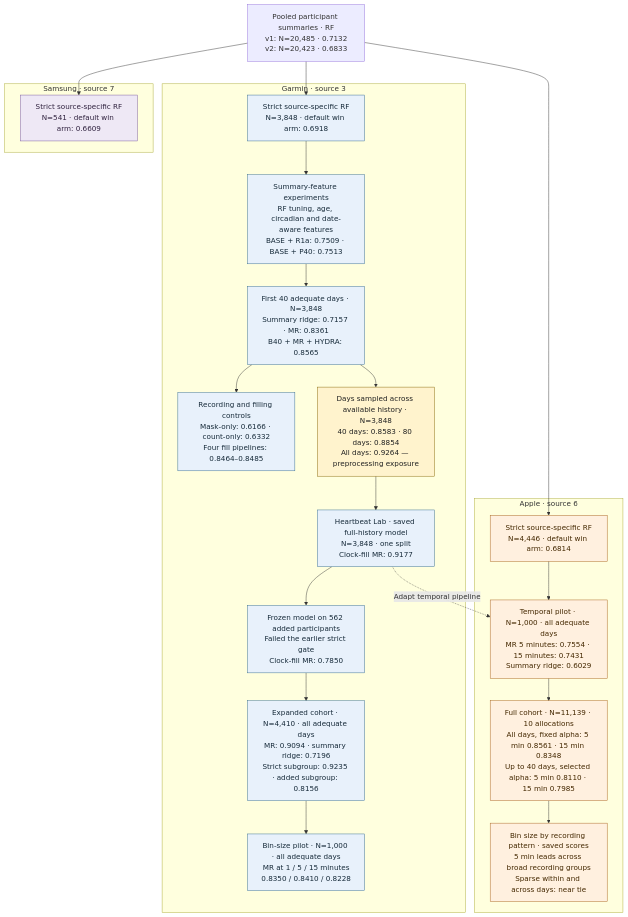
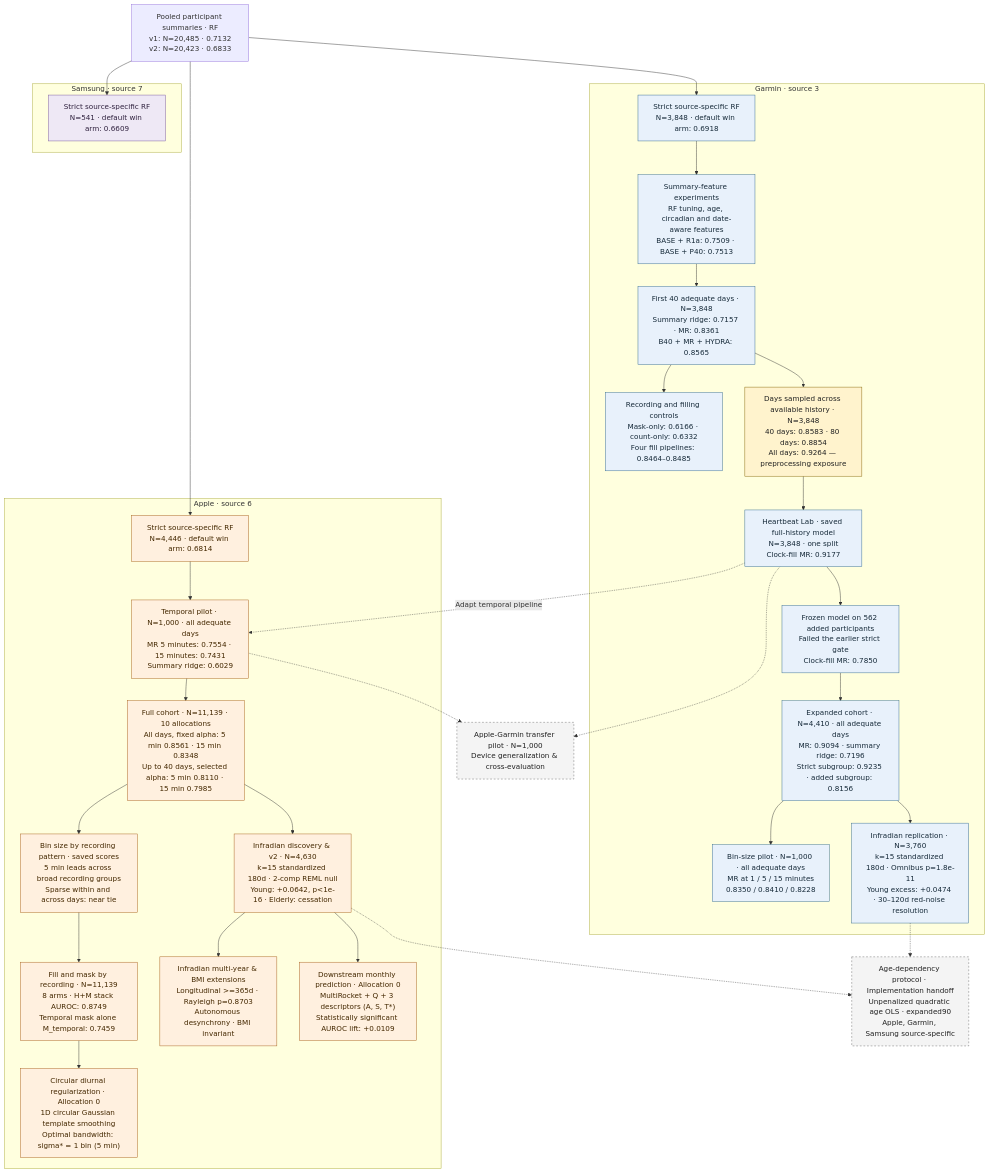
The diagram in README.md (mol2people/imputation), drawn with Mermaid before and after one commit. The commit also changed other lines of this file and 2 other files, not shown here.

````diff
--- a/README.md
+++ b/README.md
@@ -23,45 +23,64 @@
 ```mermaid
 flowchart TD
     P["Pooled participant summaries · RF<br/>v1: N=20,485 · 0.7132<br/>v2: N=20,423 · 0.6833"]
 
     subgraph GARMIN["Garmin · source 3"]
         G["Strict source-specific RF<br/>N=3,848 · default win arm: 0.6918"]
         F["Summary-feature experiments<br/>RF tuning, age, circadian and date-aware features<br/>BASE + R1a: 0.7509 · BASE + P40: 0.7513"]
         T["First 40 adequate days · N=3,848<br/>Summary ridge: 0.7157 · MR: 0.8361<br/>B40 + MR + HYDRA: 0.8565"]
         C["Recording and filling controls<br/>Mask-only: 0.6166 · count-only: 0.6332<br/>Four fill pipelines: 0.8464–0.8485"]
         D["Days sampled across available history · N=3,848<br/>40 days: 0.8583 · 80 days: 0.8854<br/>All days: 0.9264 — preprocessing exposure"]
         L["Heartbeat Lab · saved full-history model<br/>N=3,848 · one split<br/>Clock-fill MR: 0.9177"]
         X["Frozen model on 562 added participants<br/>Failed the earlier strict gate<br/>Clock-fill MR: 0.7850"]
         E["Expanded cohort · N=4,410 · all adequate days<br/>MR: 0.9094 · summary ridge: 0.7196<br/>Strict subgroup: 0.9235 · added subgroup: 0.8156"]
         B["Bin-size pilot · N=1,000 · all adequate days<br/>MR at 1 / 5 / 15 minutes<br/>0.8350 / 0.8410 / 0.8228"]
+        GR["Infradian replication · N=3,760<br/>k=15 standardized 180d · Omnibus p=1.8e-11<br/>Young excess: +0.0474 · 30–120d red-noise resolution"]
         G --> F --> T
         T --> C
         T --> D --> L --> X --> E --> B
+        E --> GR
     end
 
     subgraph APPLE["Apple · source 6"]
         A["Strict source-specific RF<br/>N=4,446 · default win arm: 0.6814"]
         AP["Temporal pilot · N=1,000 · all adequate days<br/>MR 5 minutes: 0.7554 · 15 minutes: 0.7431<br/>Summary ridge: 0.6029"]
         AF["Full cohort · N=11,139 · 10 allocations<br/>All days, fixed alpha: 5 min 0.8561 · 15 min 0.8348<br/>Up to 40 days, selected alpha: 5 min 0.8110 · 15 min 0.7985"]
         AR["Bin size by recording pattern · saved scores<br/>5 min leads across broad recording groups<br/>Sparse within and across days: near tie"]
+        AM["Fill and mask by recording · N=11,139<br/>8 arms · H+M stack AUROC: 0.8749<br/>Temporal mask alone M_temporal: 0.7459"]
+        AC["Circular diurnal regularization · Allocation 0<br/>1D circular Gaussian template smoothing<br/>Optimal bandwidth: sigma* = 1 bin (5 min)"]
+        IF["Infradian discovery & v2 · N=4,630<br/>k=15 standardized 180d · 2-comp REML null<br/>Young: +0.0642, p<1e-16 · Elderly: cessation"]
+        IX["Infradian multi-year & BMI extensions<br/>Longitudinal >=365d · Rayleigh p=0.8703<br/>Autonomous desynchrony · BMI invariant"]
+        ID["Downstream monthly prediction · Allocation 0<br/>MultiRocket + Q + 3 descriptors (A, S, T*)<br/>Statistically significant AUROC lift: +0.0109"]
         A --> AP --> AF --> AR
+        AR --> AM --> AC
+        AF --> IF --> IX
+        IF --> ID
     end
 
     subgraph SAMSUNG["Samsung · source 7"]
         S["Strict source-specific RF<br/>N=541 · default win arm: 0.6609"]
     end
 
+    GT["Apple-Garmin transfer pilot · N=1,000<br/>Device generalization & cross-evaluation"]
+    IA["Age-dependency protocol · Implementation handoff<br/>Unpenalized quadratic age OLS · expanded90<br/>Apple, Garmin, Samsung source-specific"]
+
     P --> G
     P --> A
     P --> S
     L -.->|"Adapt temporal pipeline"| AP
+    L -.-> GT
+    AP -.-> GT
+    IF -.-> IA
+    GR -.-> IA
 
     classDef garmin fill:#e8f1fb,stroke:#31688e,color:#172b3a;
     classDef apple fill:#fff0df,stroke:#a65e18,color:#442800;
     classDef samsung fill:#eee8f5,stroke:#75549b,color:#30223f;
     classDef issue fill:#fff3cd,stroke:#856404,color:#222;
-    class G,F,T,C,L,X,E,B garmin;
-    class A,AP,AF,AR apple;
+    classDef handoff fill:#f4f4f4,stroke:#666,stroke-dasharray: 4 4,color:#222;
+    class G,F,T,C,L,X,E,B,GR garmin;
+    class A,AP,AF,AR,AM,AC,IF,IX,ID apple;
     class S samsung;
     class D issue;
+    class GT,IA handoff;
 ```
````
